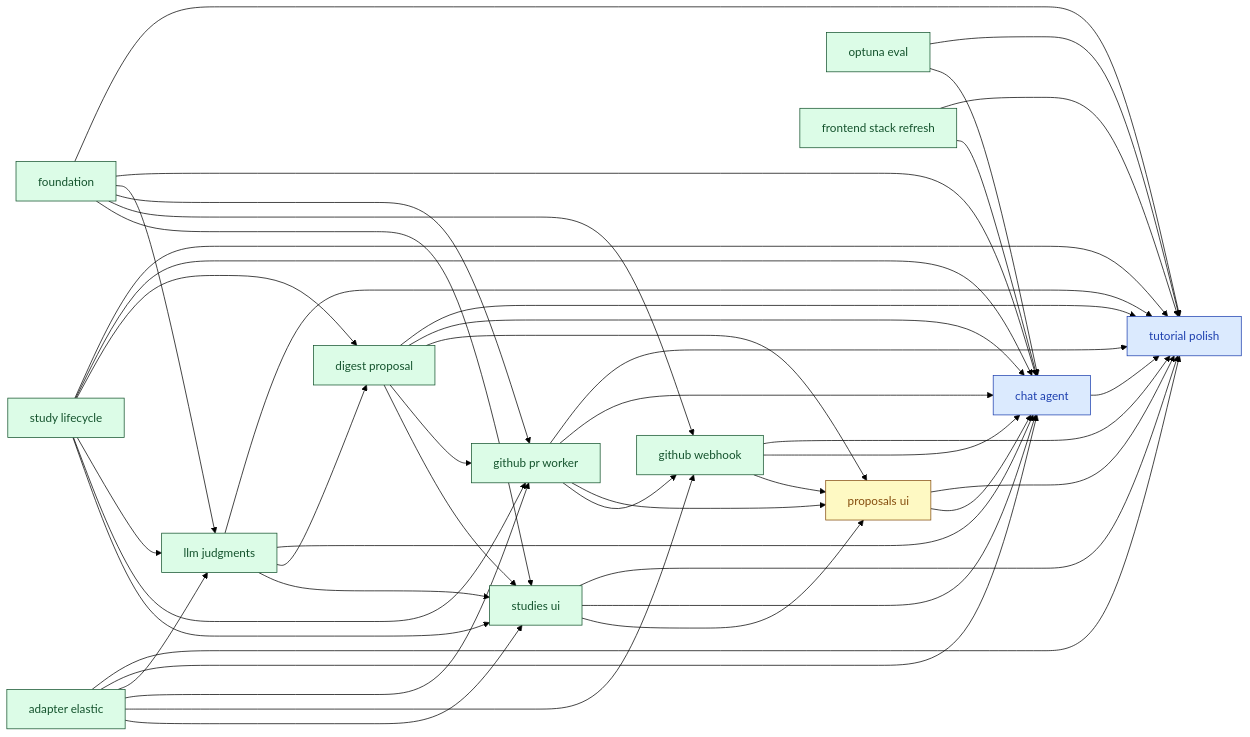
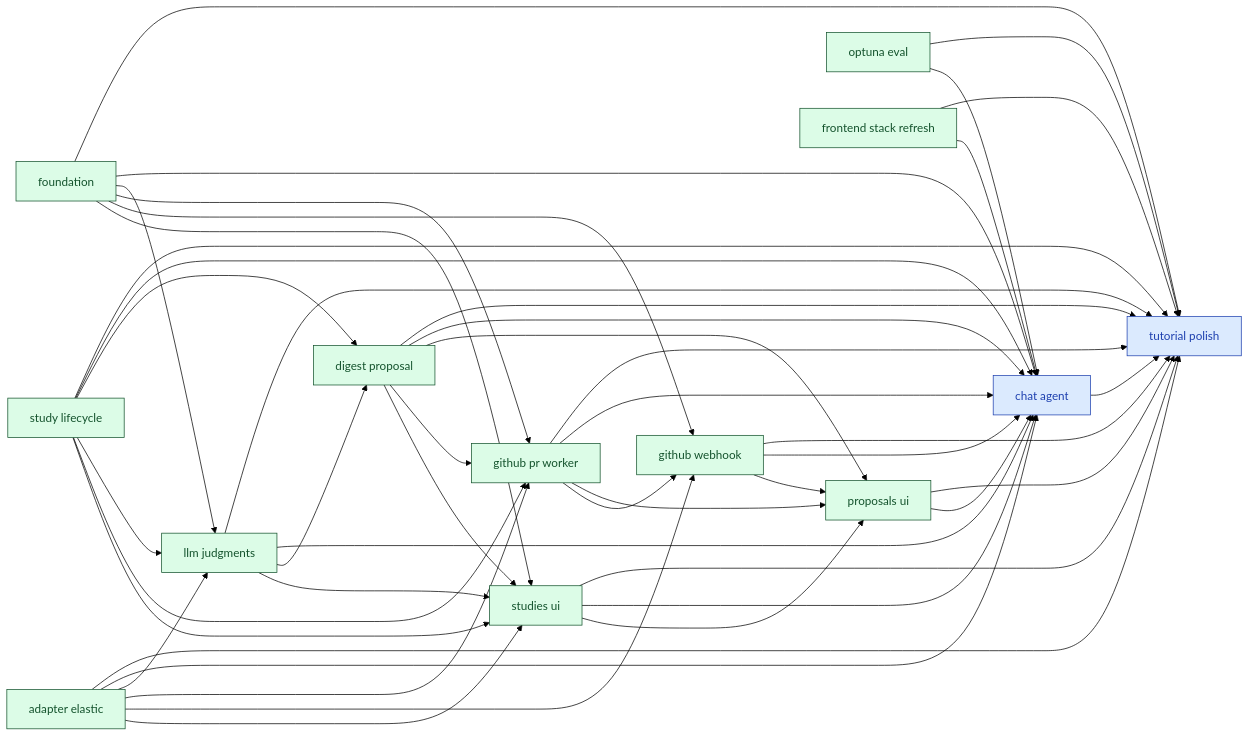
One commit to SoundMindsAI/relyloop changed the diagram in docs/00_overview/MVP1_DASHBOARD.md. Above: the diagram before and after it, drawn with Mermaid (forest theme). The commit also changed other lines of this file and 2 other files, not shown here.

First line of the commit message:
docs(feat-proposals-ui): refresh pipeline_status.md after final review (PR #58 open, awaiting merge)

````diff
--- a/docs/00_overview/MVP1_DASHBOARD.md
+++ b/docs/00_overview/MVP1_DASHBOARD.md
@@ -93,78 +92,78 @@
 ```mermaid
 graph LR
   classDef done fill:#dcfce7,stroke:#14532d,color:#14532d;
   classDef implement fill:#ffedd5,stroke:#9a3412,color:#9a3412;
   classDef plan fill:#fef9c3,stroke:#854d0e,color:#854d0e;
   classDef spec fill:#dbeafe,stroke:#1e40af,color:#1e40af;
   classDef idea fill:#f1f5f9,stroke:#334155,color:#334155;
   chore_tutorial_polish["tutorial polish"]
   class chore_tutorial_polish spec;
   feat_chat_agent["chat agent"]
   class feat_chat_agent spec;
   feat_proposals_ui["proposals ui"]
-  class feat_proposals_ui plan;
+  class feat_proposals_ui done;
   infra_foundation["foundation"]
   class infra_foundation done;
   feat_study_lifecycle["study lifecycle"]
   class feat_study_lifecycle done;
   infra_adapter_elastic["adapter elastic"]
   class infra_adapter_elastic done;
   infra_optuna_eval["optuna eval"]
   class infra_optuna_eval done;
   feat_digest_proposal["digest proposal"]
   class feat_digest_proposal done;
   feat_llm_judgments["llm judgments"]
   class feat_llm_judgments done;
   feat_github_pr_worker["github pr worker"]
   class feat_github_pr_worker done;
   feat_github_webhook["github webhook"]
   class feat_github_webhook done;
   feat_studies_ui["studies ui"]
   class feat_studies_ui done;
   infra_frontend_stack_refresh["frontend stack refresh"]
   class infra_frontend_stack_refresh done;
   feat_chat_agent --> chore_tutorial_polish
   feat_digest_proposal --> chore_tutorial_polish
   feat_github_pr_worker --> chore_tutorial_polish
   feat_github_webhook --> chore_tutorial_polish
   feat_llm_judgments --> chore_tutorial_polish
   feat_proposals_ui --> chore_tutorial_polish
   feat_studies_ui --> chore_tutorial_polish
   feat_study_lifecycle --> chore_tutorial_polish
   infra_adapter_elastic --> chore_tutorial_polish
   infra_foundation --> chore_tutorial_polish
   infra_frontend_stack_refresh --> chore_tutorial_polish
   infra_optuna_eval --> chore_tutorial_polish
   feat_digest_proposal --> feat_chat_agent
   feat_github_pr_worker --> feat_chat_agent
   feat_github_webhook --> feat_chat_agent
   feat_llm_judgments --> feat_chat_agent
   feat_proposals_ui --> feat_chat_agent
   feat_studies_ui --> feat_chat_agent
   feat_study_lifecycle --> feat_chat_agent
   infra_adapter_elastic --> feat_chat_agent
   infra_foundation --> feat_chat_agent
   infra_frontend_stack_refresh --> feat_chat_agent
   infra_optuna_eval --> feat_chat_agent
   feat_studies_ui --> feat_proposals_ui
   feat_digest_proposal --> feat_proposals_ui
   feat_github_pr_worker --> feat_proposals_ui
   feat_github_webhook --> feat_proposals_ui
   feat_study_lifecycle --> feat_digest_proposal
   feat_llm_judgments --> feat_digest_proposal
   infra_foundation --> feat_llm_judgments
   infra_adapter_elastic --> feat_llm_judgments
   feat_study_lifecycle --> feat_llm_judgments
   infra_foundation --> feat_github_pr_worker
   infra_adapter_elastic --> feat_github_pr_worker
   feat_study_lifecycle --> feat_github_pr_worker
   feat_digest_proposal --> feat_github_pr_worker
   infra_foundation --> feat_github_webhook
   infra_adapter_elastic --> feat_github_webhook
   feat_github_pr_worker --> feat_github_webhook
   infra_foundation --> feat_studies_ui
   feat_study_lifecycle --> feat_studies_ui
   feat_digest_proposal --> feat_studies_ui
   feat_llm_judgments --> feat_studies_ui
   infra_adapter_elastic --> feat_studies_ui
 ```
````
